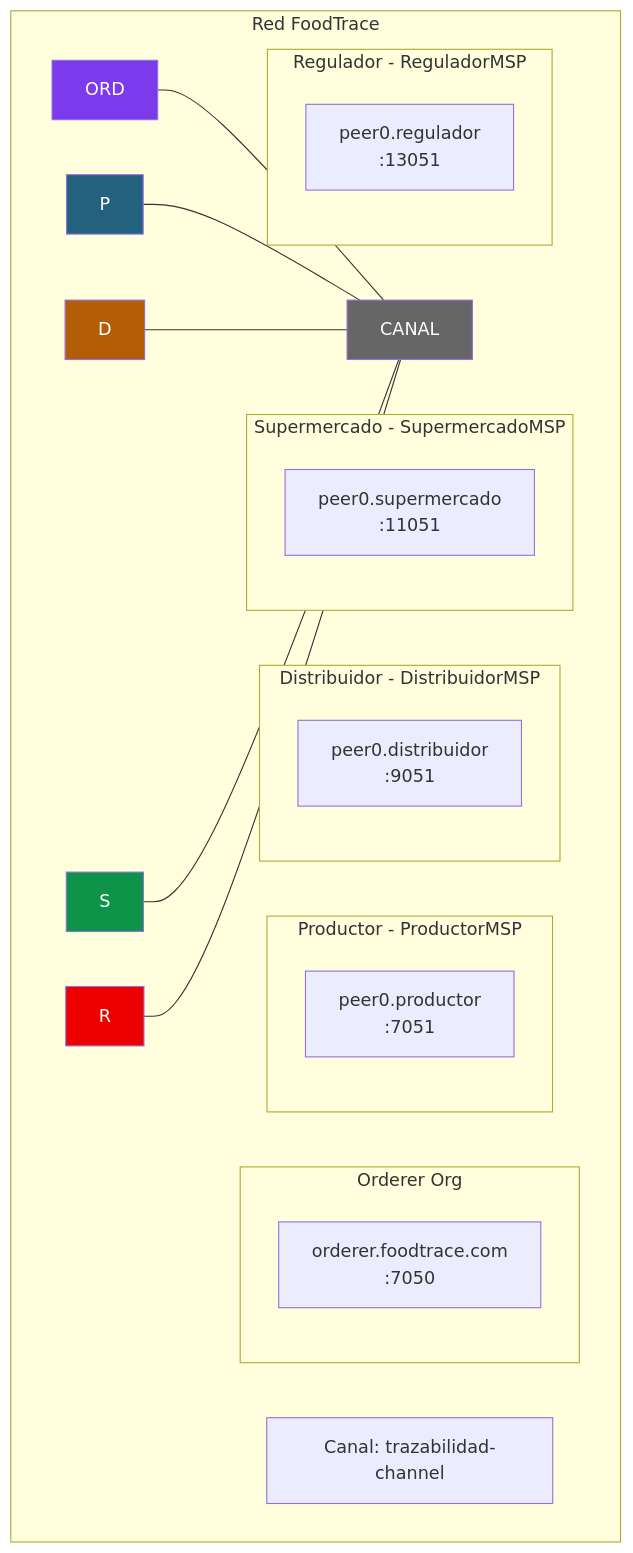
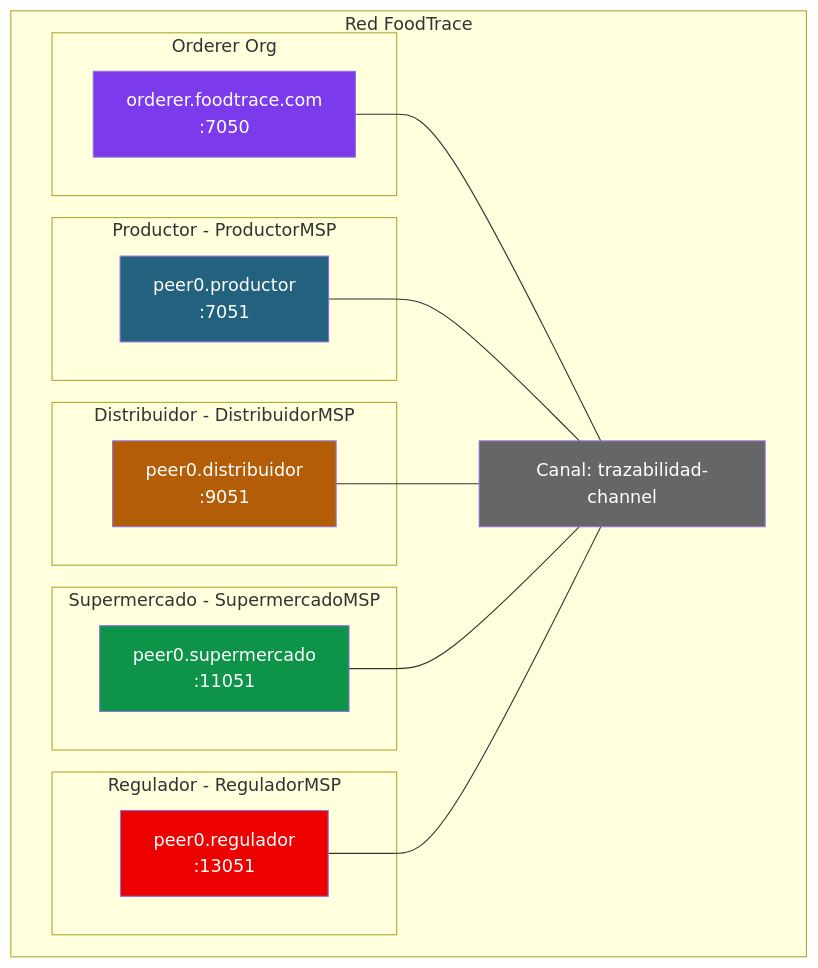
One commit to jjnieto/Curso-HLFabric changed the second of 2 diagrams in Modulo-3/ejercicio-cadena_suministro.md. Above: the diagram before and after it, drawn with Mermaid. The commit also changed other lines of this file, not shown here.

````diff
--- a/Modulo-3/ejercicio-cadena_suministro.md
+++ b/Modulo-3/ejercicio-cadena_suministro.md
@@ -66,39 +64,39 @@
 ```mermaid
 graph TB
     subgraph "Red FoodTrace"
-        subgraph OrdererOrg\["Orderer Org"]
-            ORD\["orderer.foodtrace.com<br/>:7050"]
+        subgraph OrdererOrg["Orderer Org"]
+            ORD["orderer.foodtrace.com<br/>:7050"]
         end
 
-        subgraph Productor\["Productor - ProductorMSP"]
-            P\["peer0.productor<br/>:7051"]
+        subgraph Productor["Productor - ProductorMSP"]
+            P["peer0.productor<br/>:7051"]
         end
 
-        subgraph Distribuidor\["Distribuidor - DistribuidorMSP"]
-            D\["peer0.distribuidor<br/>:9051"]
+        subgraph Distribuidor["Distribuidor - DistribuidorMSP"]
+            D["peer0.distribuidor<br/>:9051"]
         end
 
-        subgraph Supermercado\["Supermercado - SupermercadoMSP"]
-            S\["peer0.supermercado<br/>:11051"]
+        subgraph Supermercado["Supermercado - SupermercadoMSP"]
+            S["peer0.supermercado<br/>:11051"]
         end
 
-        subgraph Regulador\["Regulador - ReguladorMSP"]
-            R\["peer0.regulador<br/>:13051"]
+        subgraph Regulador["Regulador - ReguladorMSP"]
+            R["peer0.regulador<br/>:13051"]
         end
 
-        CANAL\["Canal: trazabilidad-channel"]
+        CANAL["Canal: trazabilidad-channel"]
 
         ORD --- CANAL
         P --- CANAL
         D --- CANAL
         S --- CANAL
         R --- CANAL
     end
 
     style P fill:#22627E,color:#fff
     style D fill:#B45D09,color:#fff
     style S fill:#0D9448,color:#fff
     style R fill:#EC0000,color:#fff
     style ORD fill:#7C3AED,color:#fff
     style CANAL fill:#666,color:#fff
 ```
````
